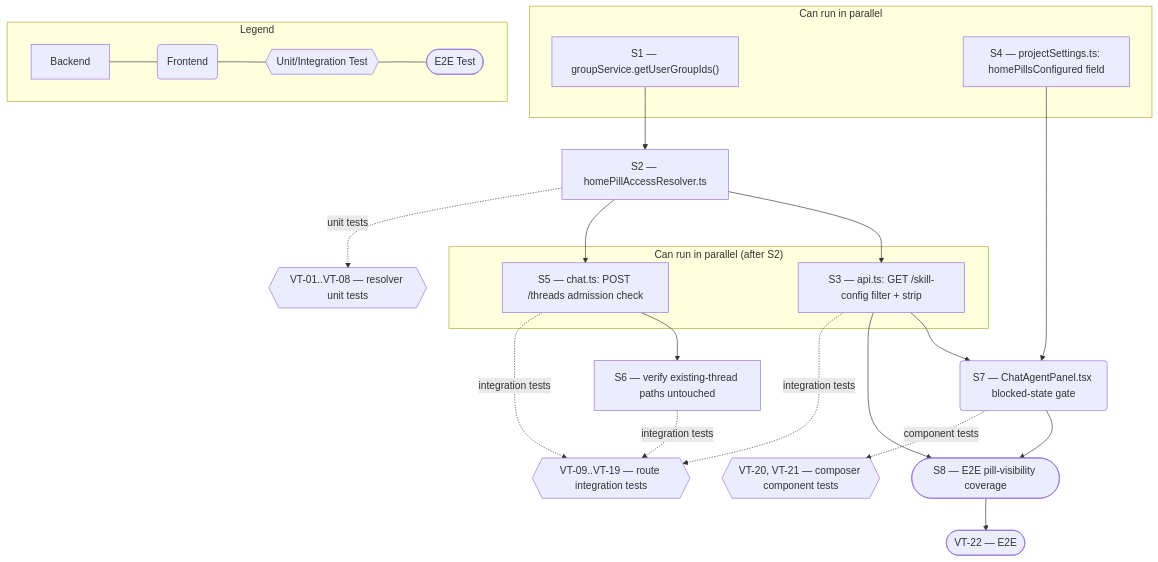
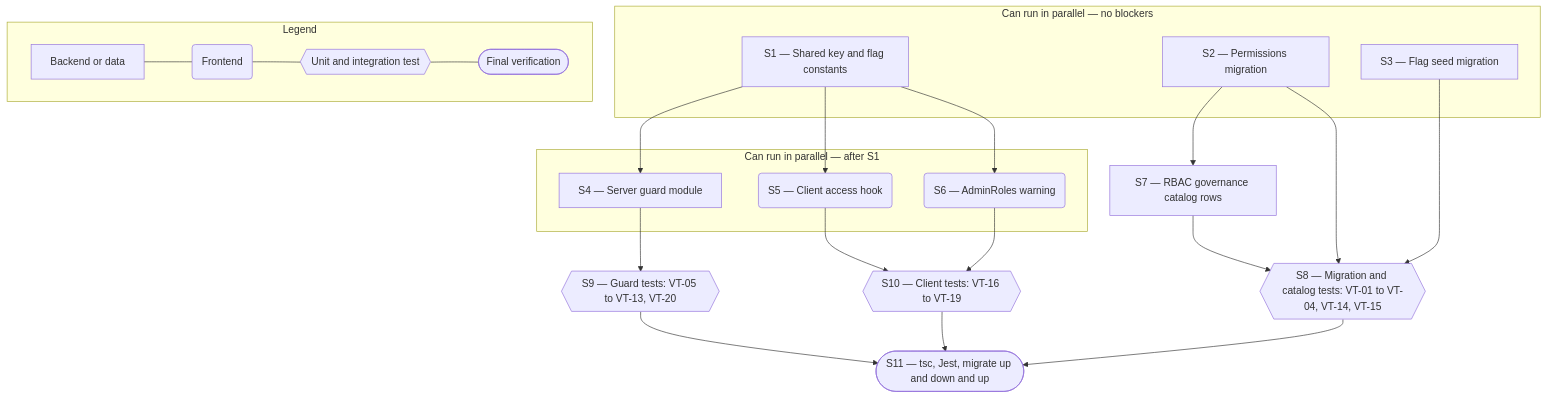
The second of 2 diagrams in .ai-pilot/local-dev/feat-002/design-spec/tech-spec.md (ryamiller-amergis/Apex), drawn with Mermaid before and after one commit. The commit also changed other lines of this file and 56 other files, not shown here.

````diff
--- a/.ai-pilot/local-dev/feat-002/design-spec/tech-spec.md
+++ b/.ai-pilot/local-dev/feat-002/design-spec/tech-spec.md
@@ -212,42 +248,40 @@
 ```mermaid
 flowchart TD
-  S1["S1 — groupService.getUserGroupIds()"]
-  S2["S2 — homePillAccessResolver.ts"]
-  S3["S3 — api.ts: GET /skill-config filter + strip"]
-  S4["S4 — projectSettings.ts: homePillsConfigured field"]
-  S5["S5 — chat.ts: POST /threads admission check"]
-  S6["S6 — verify existing-thread paths untouched"]
-  S7("S7 — ChatAgentPanel.tsx blocked-state gate")
-  S8(["S8 — E2E pill-visibility coverage"])
-  T_unit{{"VT-01..VT-08 — resolver unit tests"}}
-  T_route{{"VT-09..VT-19 — route integration tests"}}
-  T_rtl{{"VT-20, VT-21 — composer component tests"}}
-  T_e2e(["VT-22 — E2E"])
+  S1["S1 — Shared key and flag constants"]
+  S2["S2 — Permissions migration"]
+  S3["S3 — Flag seed migration"]
+  S4["S4 — Server guard module"]
+  S5("S5 — Client access hook")
+  S6("S6 — AdminRoles warning")
+  S7["S7 — RBAC governance catalog rows"]
+  S8{{"S8 — Migration and catalog tests: VT-01 to VT-04, VT-14, VT-15"}}
+  S9{{"S9 — Guard tests: VT-05 to VT-13, VT-20"}}
+  S10{{"S10 — Client tests: VT-16 to VT-19"}}
+  S11(["S11 — tsc, Jest, migrate up and down and up"])
 
-  S1 --> S2
-  S2 --> S3
-  S2 --> S5
-  S3 --> S7
-  S4 --> S7
-  S5 --> S6
+  S1 --> S4
+  S1 --> S5
+  S1 --> S6
+  S2 --> S7
+  S2 --> S8
   S3 --> S8
   S7 --> S8
-  S2 -.->|"unit tests"| T_unit
-  S3 -.->|"integration tests"| T_route
-  S5 -.->|"integration tests"| T_route
-  S6 -.->|"integration tests"| T_route
-  S7 -.->|"component tests"| T_rtl
-  S8 --> T_e2e
+  S4 --> S9
+  S5 --> S10
+  S6 --> S10
+  S8 --> S11
+  S9 --> S11
+  S10 --> S11
 
-  subgraph parallel1 ["Can run in parallel"]
-    S1 & S4
+  subgraph parallel1 ["Can run in parallel — no blockers"]
+    S1 & S2 & S3
   end
 
-  subgraph parallel2 ["Can run in parallel (after S2)"]
-    S3 & S5
+  subgraph parallel2 ["Can run in parallel — after S1"]
+    S4 & S5 & S6
   end
 
   subgraph legend ["Legend"]
-    L1["Backend"] --- L2("Frontend") --- L3{{"Unit/Integration Test"}} --- L4(["E2E Test"])
+    L1["Backend or data"] --- L2("Frontend") --- L3{{"Unit and integration test"}} --- L4(["Final verification"])
   end
 ```
````
